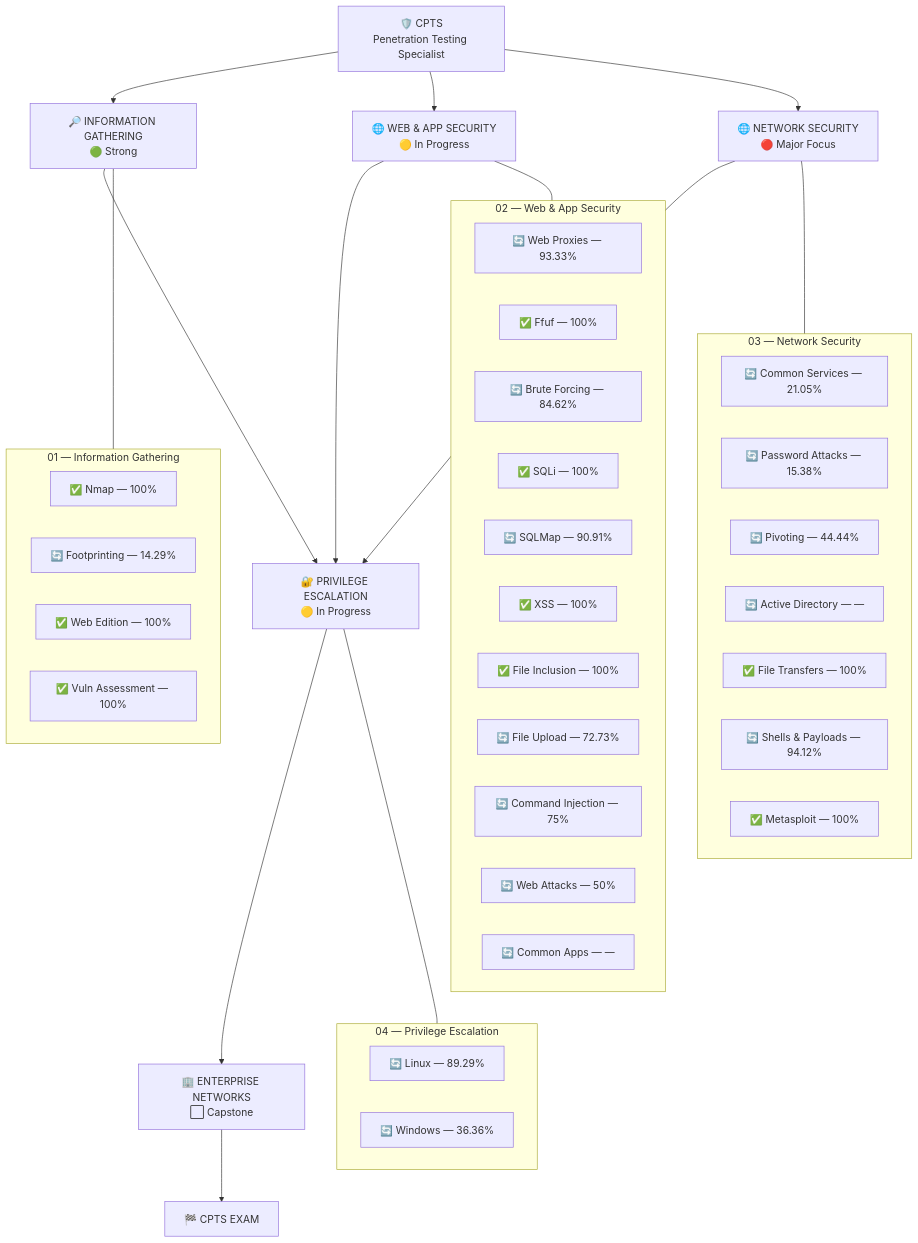
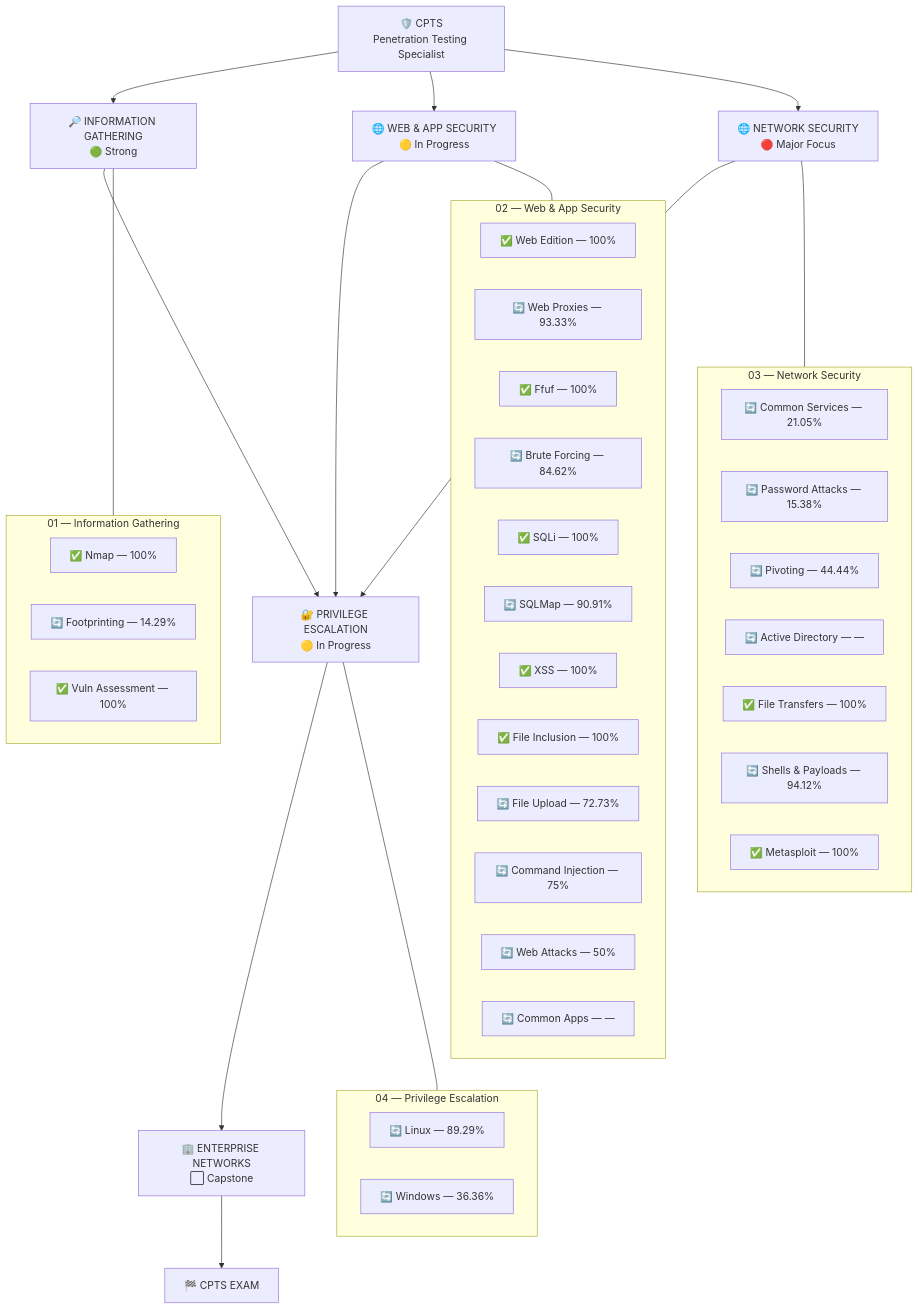
The diagram in README.md (romeo-mhakayakora/CPTS), drawn with Mermaid before and after one commit. The commit also changed other lines of this file and 4 other files, not shown here.

Commit message:
Move Information Gathering Web Edition to Web and App Security domain

````diff
--- a/README.md
+++ b/README.md
@@ -15,82 +15,82 @@
 ```mermaid
 flowchart TB
     CPTS["🛡️ CPTS<br/>Penetration Testing Specialist"]
 
     IG["🔎 INFORMATION GATHERING<br/>🟢 Strong"]
     WEB["🌐 WEB & APP SECURITY<br/>🟡 In Progress"]
     NET["🌐 NETWORK SECURITY<br/>🔴 Major Focus"]
     PRIV["🔐 PRIVILEGE ESCALATION<br/>🟡 In Progress"]
     CAP["🏢 ENTERPRISE NETWORKS<br/>⬜ Capstone"]
     EXAM["🏁 CPTS EXAM"]
 
     CPTS --> IG & WEB & NET
     IG & WEB & NET --> PRIV
     PRIV --> CAP --> EXAM
 
     subgraph IG_MODS ["01 — Information Gathering"]
         NMAP["✅ Nmap — 100%"]
         FOOT["🔄 Footprinting — 14.29%"]
-        WEBED["✅ Web Edition — 100%"]
         VULN["✅ Vuln Assessment — 100%"]
     end
 
     subgraph WEB_MODS ["02 — Web & App Security"]
+        WEBED["✅ Web Edition — 100%"]
         PROXY["🔄 Web Proxies — 93.33%"]
         FFUF["✅ Ffuf — 100%"]
         BRUTE["🔄 Brute Forcing — 84.62%"]
         SQLI["✅ SQLi — 100%"]
         SQLMAP["🔄 SQLMap — 90.91%"]
         XSS["✅ XSS — 100%"]
         LFI["✅ File Inclusion — 100%"]
         UPLOAD["🔄 File Upload — 72.73%"]
         CMDI["🔄 Command Injection — 75%"]
         WEBATK["🔄 Web Attacks — 50%"]
         COMMONAPP["🔄 Common Apps — —"]
     end
 
     subgraph NET_MODS ["03 — Network Security"]
         SVC["🔄 Common Services — 21.05%"]
         PASS["🔄 Password Attacks — 15.38%"]
         PIVOT["🔄 Pivoting — 44.44%"]
         AD["🔄 Active Directory — —"]
         FT["✅ File Transfers — 100%"]
         SHELL["🔄 Shells & Payloads — 94.12%"]
         MSF["✅ Metasploit — 100%"]
     end
 
     subgraph PRIV_MODS ["04 — Privilege Escalation"]
         LINUX["🔄 Linux — 89.29%"]
         WINDOWS["🔄 Windows — 36.36%"]
     end
 
     IG --- IG_MODS
     WEB --- WEB_MODS
     NET --- NET_MODS
     PRIV --- PRIV_MODS
 
     click NMAP href "./01-information-gathering/network-enumeration-nmap.md"
     click FOOT href "./01-information-gathering/footprinting.md"
-    click WEBED href "./01-information-gathering/information-gathering-web-edition.md"
+    click WEBED href "./02-web-application-security/information-gathering-web-edition.md"
     click VULN href "./01-information-gathering/vulnerability-assessment.md"
     click PROXY href "./02-web-application-security/using-web-proxies.md"
     click FFUF href "./02-web-application-security/attacking-web-applications-with-ffuf.md"
     click BRUTE href "./02-web-application-security/login-brute-forcing.md"
     click SQLI href "./02-web-application-security/sql-injection-fundamentals.md"
     click SQLMAP href "./02-web-application-security/sqlmap-essentials.md"
     click XSS href "./02-web-application-security/cross-site-scripting.md"
     click LFI href "./02-web-application-security/file-inclusion.md"
     click UPLOAD href "./02-web-application-security/file-upload-attacks.md"
     click CMDI href "./02-web-application-security/command-injections.md"
     click WEBATK href "./02-web-application-security/web-attacks.md"
     click COMMONAPP href "./02-web-application-security/attacking-common-applications.md"
     click SVC href "./03-network-security/attacking-common-services.md"
     click PASS href "./03-network-security/password-attacks.md"
     click PIVOT href "./03-network-security/pivoting-tunneling-port-forwarding.md"
     click AD href "./03-network-security/active-directory-enumeration-attacks.md"
     click FT href "./03-network-security/file-transfers.md"
     click SHELL href "./03-network-security/shells-payloads.md"
     click MSF href "./03-network-security/using-metasploit-framework.md"
     click LINUX href "./04-privilege-escalation/linux-privilege-escalation.md"
     click WINDOWS href "./04-privilege-escalation/windows-privilege-escalation.md"
     click CAP href "./supporting/attacking-enterprise-networks.md"
 ```
````
